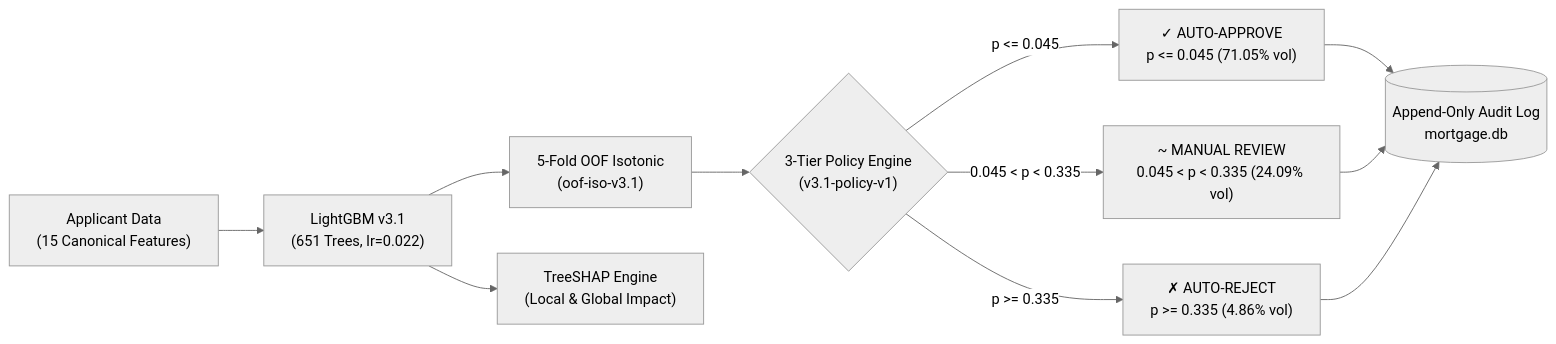
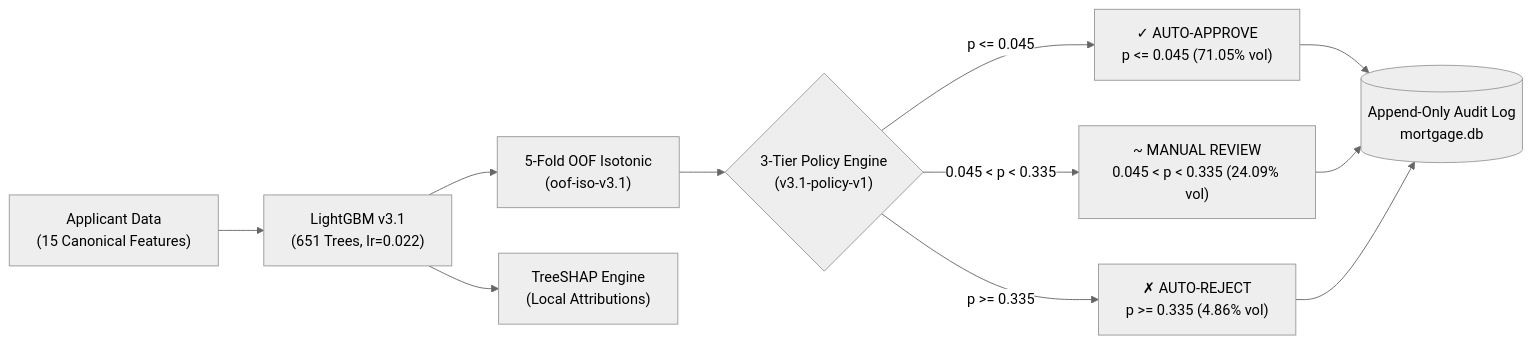
Before and after one commit to Gaurav-Ojha65/Mortgage_AI: the diagram in README.md, drawn with Mermaid (neutral theme). The commit also changed other lines of this file and 8 other files, not shown here.

````diff
--- a/README.md
+++ b/README.md
@@ -29,21 +37,21 @@
 ```mermaid
 flowchart LR
     Applicant["Applicant Data<br/>(15 Canonical Features)"]
     LGBM["LightGBM v3.1<br/>(651 Trees, lr=0.022)"]
     Calib["5-Fold OOF Isotonic<br/>(oof-iso-v3.1)"]
-    SHAP["TreeSHAP Engine<br/>(Local & Global Impact)"]
     Policy{"3-Tier Policy Engine<br/>(v3.1-policy-v1)"}
     Approve["✓ AUTO-APPROVE<br/>p <= 0.045 (71.05% vol)"]
     Review["~ MANUAL REVIEW<br/>0.045 < p < 0.335 (24.09% vol)"]
     Reject["✗ AUTO-REJECT<br/>p >= 0.335 (4.86% vol)"]
+    SHAP["TreeSHAP Engine<br/>(Local Attributions)"]
     Audit[("Append-Only Audit Log<br/>mortgage.db")]
 
     Applicant --> LGBM --> Calib --> Policy
     LGBM --> SHAP
     Policy -->|p <= 0.045| Approve
     Policy -->|0.045 < p < 0.335| Review
     Policy -->|p >= 0.335| Reject
     Approve --> Audit
     Review --> Audit
     Reject --> Audit
 ```
````
